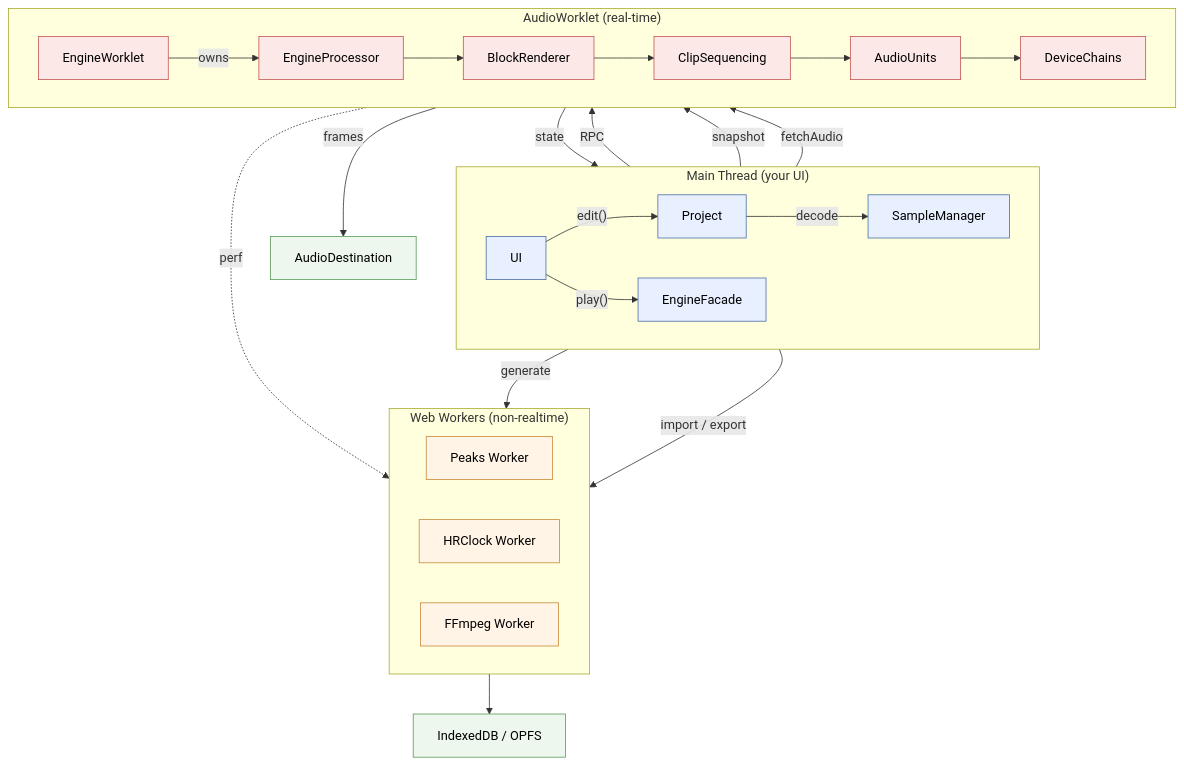
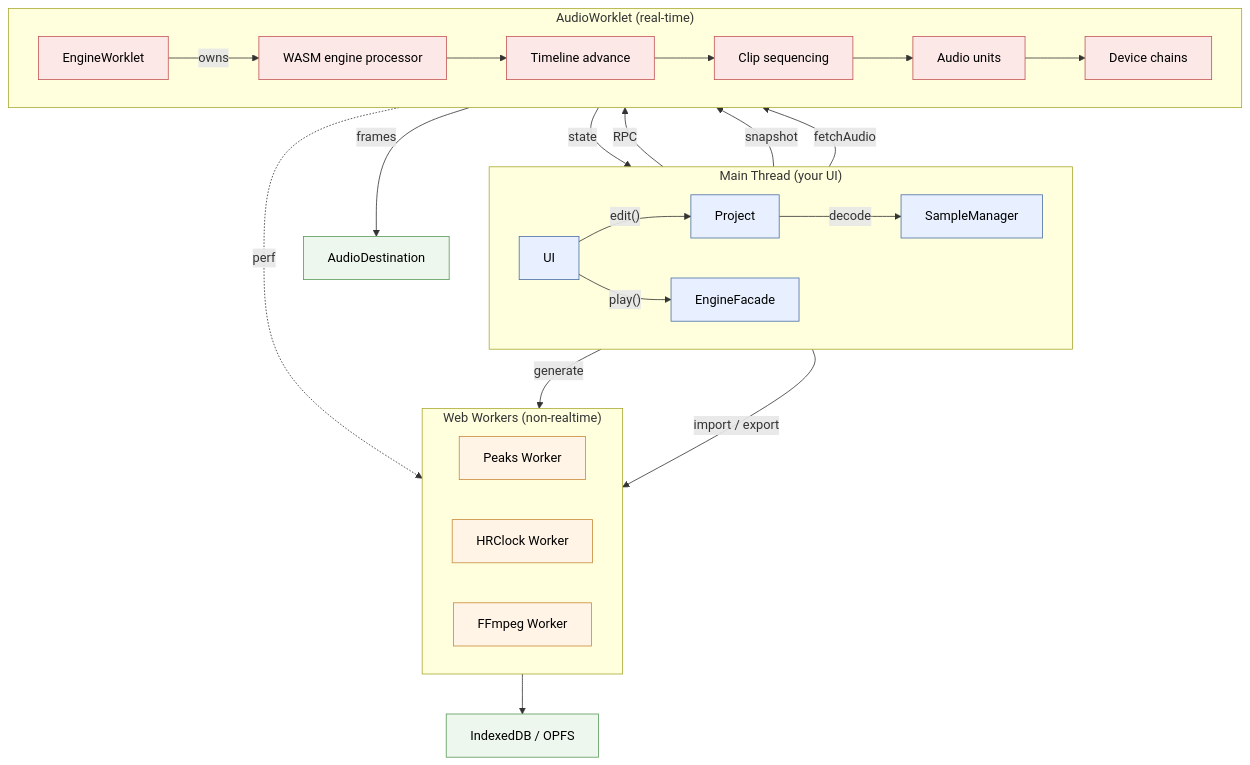
The third of 3 diagrams in documentation/00-system-architecture.md (naomiaro/opendaw-test), drawn with Mermaid before and after one commit. The commit also changed other lines of this file and 51 other files, not shown here.

````diff
--- a/documentation/00-system-architecture.md
+++ b/documentation/00-system-architecture.md
@@ -174,58 +174,58 @@
 ```mermaid
 flowchart TB
     subgraph Main["Main Thread (your UI)"]
         direction LR
         UI["UI"]
         Proj["Project"]
         Facade["EngineFacade"]
         SampleMgr["SampleManager"]
     end
 
     subgraph WorkletCtx["AudioWorklet (real-time)"]
         direction LR
         EW["EngineWorklet"]
-        EP["EngineProcessor"]
-        BR["BlockRenderer"]
-        CS["ClipSequencing"]
-        AU["AudioUnits"]
-        DC["DeviceChains"]
+        EP["WASM engine processor"]
+        BR["Timeline advance"]
+        CS["Clip sequencing"]
+        AU["Audio units"]
+        DC["Device chains"]
     end
 
     subgraph Workers["Web Workers (non-realtime)"]
         direction LR
         PW["Peaks Worker"]
         HR["HRClock Worker"]
         FF["FFmpeg Worker"]
     end
 
     Storage["IndexedDB / OPFS"]
     Out["AudioDestination"]
 
     UI -- "edit()" --> Proj
     UI -- "play()" --> Facade
     Facade -- "RPC" --> EW
     EW -- "state" --> Facade
     Proj -- "snapshot" --> EW
     EW -- "owns" --> EP
     EP --> BR
     BR --> CS
     CS --> AU
     AU --> DC
     DC -- "frames" --> Out
 
     Proj -- "decode" --> SampleMgr
     SampleMgr -- "generate" --> PW
     PW --> Storage
     SampleMgr -- "fetchAudio" --> EW
     EP -. "perf" .-> HR
     Proj -- "import / export" --> FF
 
     classDef main fill:#e8f0ff,stroke:#4a6fa5,color:#000
     classDef rt fill:#fde8e8,stroke:#c25555,color:#000
     classDef wk fill:#fff4e6,stroke:#c98a3a,color:#000
     classDef io fill:#eef7ee,stroke:#5a9a5a,color:#000
     class UI,Proj,Facade,SampleMgr main
     class EW,EP,BR,CS,AU,DC rt
     class PW,HR,FF wk
     class Storage,Out io
 ```
````
